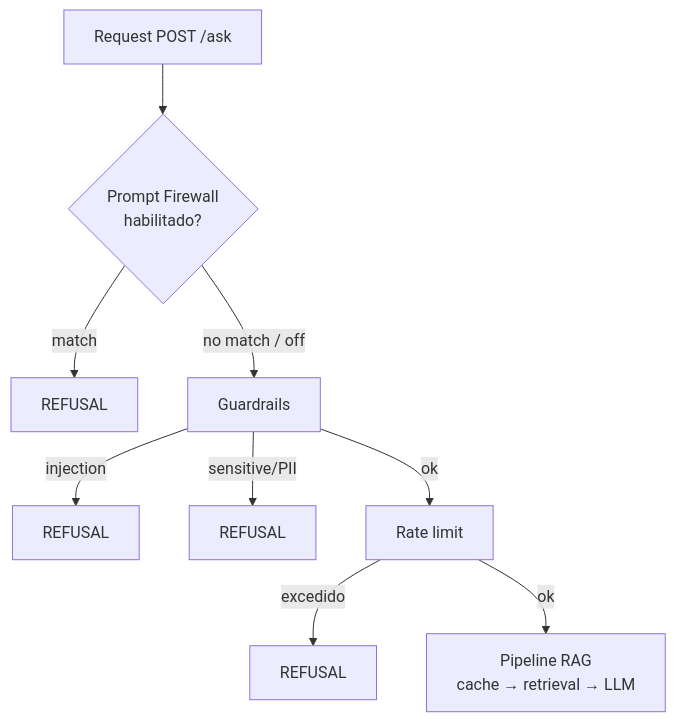
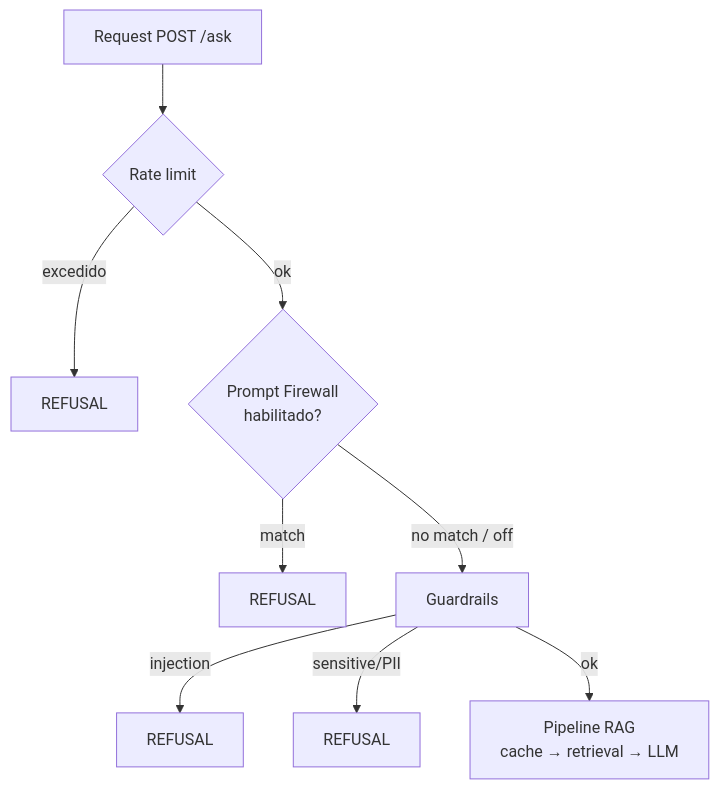
The seventh of 7 diagrams in docs/diagrams.md (leopas/teste-overlabs), drawn with Mermaid before and after one commit. The commit also changed 5 other files, not shown here.

````diff
--- a/docs/diagrams.md
+++ b/docs/diagrams.md
@@ -202,11 +202,11 @@
 ```mermaid
 flowchart TD
-    R[Request POST /ask] --> FW{Prompt Firewall\nhabilitado?}
-    FW -->|match| REF1[REFUSAL]
+    R[Request POST /ask] --> RL{Rate limit}
+    RL -->|excedido| REF1[REFUSAL]
+    RL -->|ok| FW{Prompt Firewall\nhabilitado?}
+    FW -->|match| REF2[REFUSAL]
     FW -->|no match / off| G[Guardrails]
-    G -->|injection| REF2[REFUSAL]
-    G -->|sensitive/PII| REF3[REFUSAL]
-    G -->|ok| RL[Rate limit]
-    RL -->|excedido| REF4[REFUSAL]
-    RL -->|ok| Pipe[Pipeline RAG\ncache → retrieval → LLM]
+    G -->|injection| REF3[REFUSAL]
+    G -->|sensitive/PII| REF4[REFUSAL]
+    G -->|ok| Pipe[Pipeline RAG\ncache → retrieval → LLM]
 ```
````
